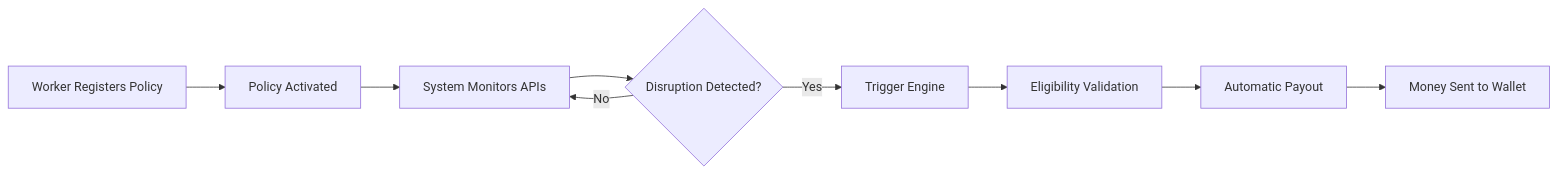
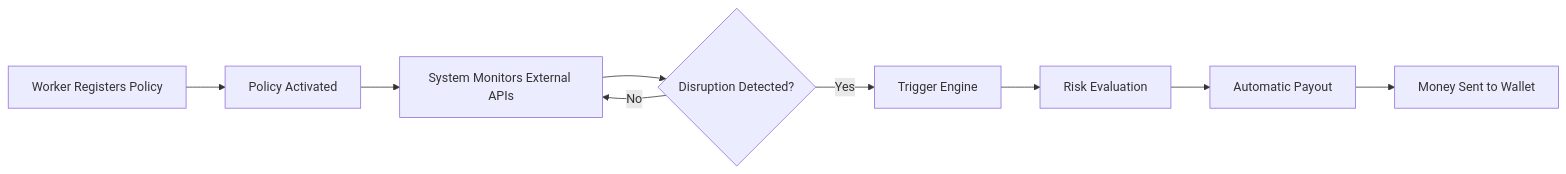
One commit to ed6095-web/Guidewire-DEVTrails-2026 changed the second of 4 diagrams in README.md. Above: the diagram before and after it, drawn with Mermaid. The commit also changed other lines of this file, not shown here.

````diff
--- a/README.md
+++ b/README.md
@@ -125,11 +115,11 @@
 ```mermaid
 flowchart LR
 A[Worker Registers Policy] --> B[Policy Activated]
-B --> C[System Monitors APIs]
+B --> C[System Monitors External APIs]
 C --> D{Disruption Detected?}
 D -- No --> C
 D -- Yes --> E[Trigger Engine]
-E --> F[Eligibility Validation]
+E --> F[Risk Evaluation]
 F --> G[Automatic Payout]
 G --> H[Money Sent to Wallet]
 ```
````
